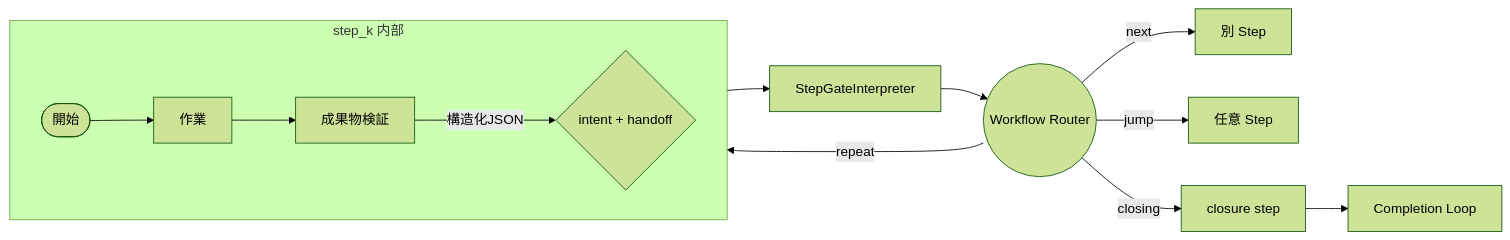
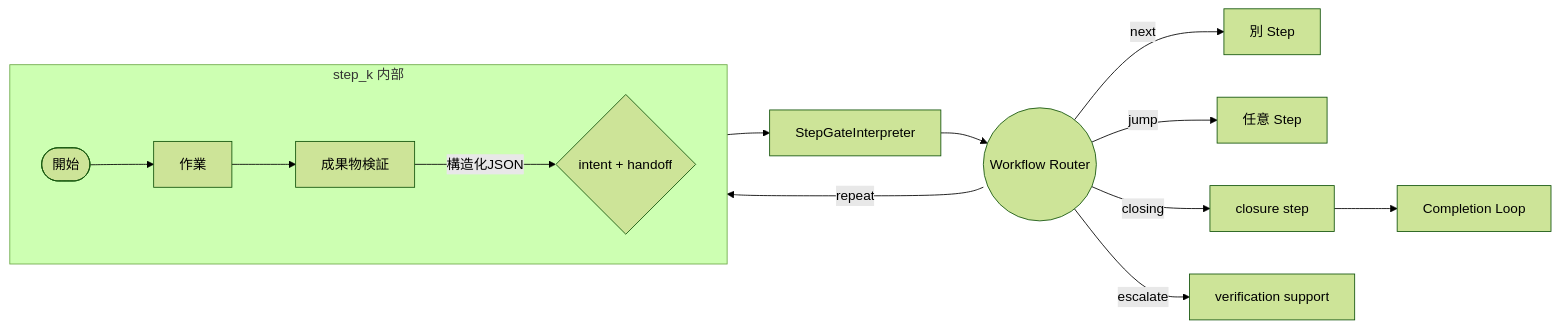
The sixth of 11 diagrams in agents/docs/design/08_step_flow_design.md (tettuan/climpt), drawn with Mermaid (forest theme) before and after one commit. The commit also changed other lines of this file, not shown here.

First line of the commit message:
docs(agents): add step taxonomy and verification/boundary concepts

````diff
--- a/agents/docs/design/08_step_flow_design.md
+++ b/agents/docs/design/08_step_flow_design.md
@@ -122,17 +145,18 @@
 ```mermaid
 flowchart LR
   subgraph StepLoop[step_k 内部]
     direction LR
     Begin([開始]) --> Work[作業]
     Work --> Check[成果物検証]
     Check -->|構造化JSON| Decide{intent + handoff}
   end
 
   Decide --> Gate
   Gate[StepGateInterpreter] --> Router((Workflow Router))
   Router -->|next| NextStep[別 Step]
   Router -->|repeat| Begin
   Router -->|jump| JumpStep[任意 Step]
   Router -->|closing| ClosureStep[closure step]
   ClosureStep --> Completion[Completion Loop]
+  Router -->|escalate| Escalation[verification support]
 ```
````
